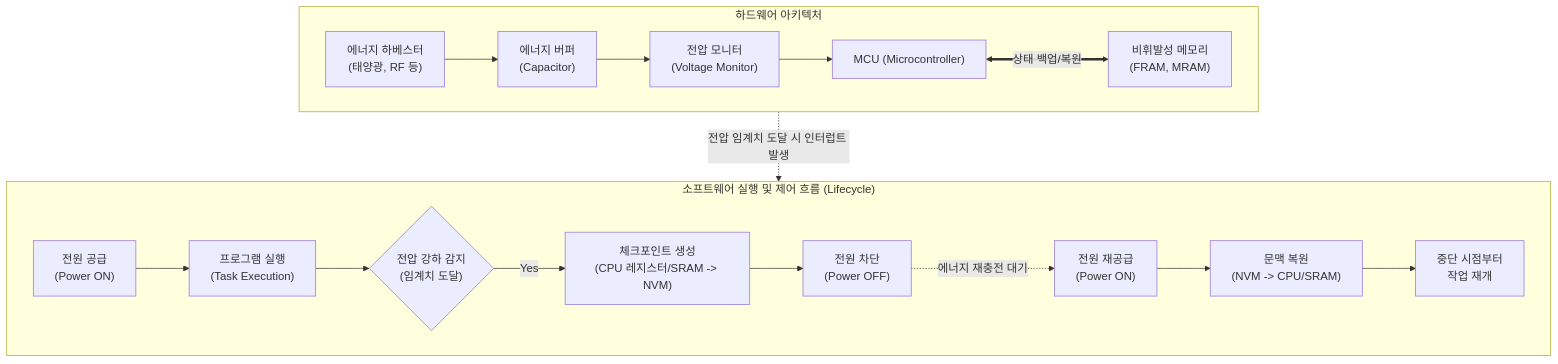
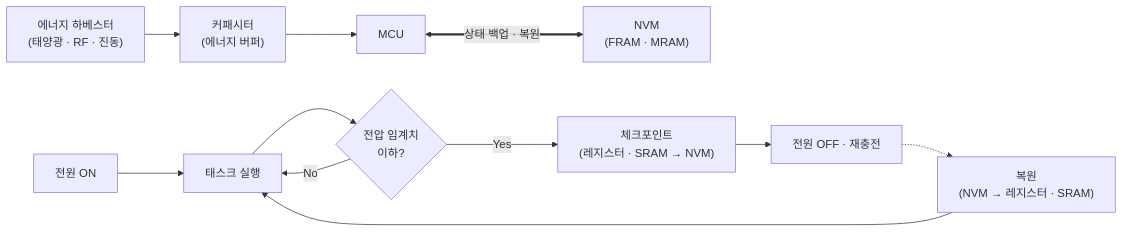
One commit to supremethumb/supremethumb.github.io changed the diagram in content/01_IT Tech/인터미턴트 컴퓨팅.md. Above: the diagram before and after it, drawn with Mermaid. The commit also changed other lines of this file and 1087 other files, not shown here.

````diff
--- a/content/01_IT Tech/인터미턴트 컴퓨팅.md
+++ b/content/01_IT Tech/인터미턴트 컴퓨팅.md
@@ -27,26 +36,14 @@
 ```mermaid
-flowchart TB
-    subgraph HW_Architecture ["하드웨어 아키텍처"]
-        direction LR
-        EH["에너지 하베스터<br/>(태양광, RF 등)"] --> Cap["에너지 버퍼<br/>(Capacitor)"]
-        Cap --> VMon["전압 모니터<br/>(Voltage Monitor)"]
-        VMon --> MCU["MCU (Microcontroller)"]
-        MCU <== "상태 백업/복원" ==> NVM["비휘발성 메모리<br/>(FRAM, MRAM)"]
-    end
+flowchart LR
+    EH["에너지 하베스터<br/>(태양광 · RF · 진동)"] --> Cap["커패시터<br/>(에너지 버퍼)"]
+    Cap --> MCU["MCU"]
+    MCU <==>|"상태 백업 · 복원"| NVM["NVM<br/>(FRAM · MRAM)"]
 
-    subgraph SW_Execution_Flow ["소프트웨어 실행 및 제어 흐름 (Lifecycle)"]
-        direction LR
-        P_ON["전원 공급<br/>(Power ON)"] --> Exec["프로그램 실행<br/>(Task Execution)"]
-        Exec --> V_Drop{"전압 강하 감지<br/>(임계치 도달)"}
-        
-        V_Drop -- "Yes" --> CP["체크포인트 생성<br/>(CPU 레지스터/SRAM -> NVM)"]
-        CP --> P_OFF["전원 차단<br/>(Power OFF)"]
-        
-        P_OFF -. "에너지 재충전 대기" .-> P_ON_2["전원 재공급<br/>(Power ON)"]
-        P_ON_2 --> Restore["문맥 복원<br/>(NVM -> CPU/SRAM)"]
-        Restore --> Exec_Resume["중단 시점부터<br/>작업 재개"]
-    end
-    
-    HW_Architecture -. "전압 임계치 도달 시 인터럽트 발생" .-> SW_Execution_Flow
-
+    On["전원 ON"] --> Exec["태스크 실행"]
+    Exec --> Drop{"전압 임계치<br/>이하?"}
+    Drop -->|"Yes"| CP["체크포인트<br/>(레지스터 · SRAM → NVM)"]
+    CP --> Off["전원 OFF · 재충전"]
+    Off -.-> Restore["복원<br/>(NVM → 레지스터 · SRAM)"]
+    Restore --> Exec
+    Drop -->|"No"| Exec
 ```
````
